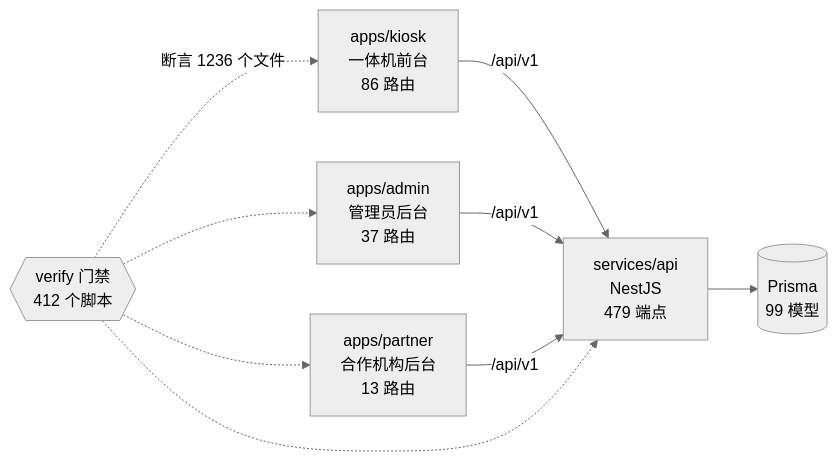
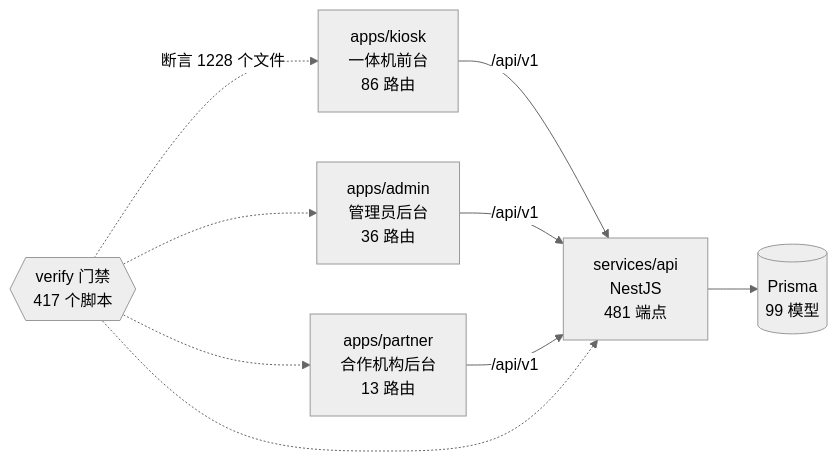
Before and after one commit to wanglei581/YITIJI: the diagram in docs/graph/README.md, drawn with Mermaid (neutral theme). The commit also changed other lines of this file and 6 other files, not shown here.

Commit message:
chore(graph): 删 /member-privacy 路由后重跑项目图谱产物

````diff
--- a/docs/graph/README.md
+++ b/docs/graph/README.md
@@ -68,18 +68,18 @@
 ```mermaid
 flowchart LR
   kiosk["apps/kiosk<br/>一体机前台<br/>86 路由"]
-  admin["apps/admin<br/>管理员后台<br/>37 路由"]
+  admin["apps/admin<br/>管理员后台<br/>36 路由"]
   partner["apps/partner<br/>合作机构后台<br/>13 路由"]
-  api["services/api<br/>NestJS<br/>479 端点"]
+  api["services/api<br/>NestJS<br/>481 端点"]
   db[("Prisma<br/>99 模型")]
-  gates{{"verify 门禁<br/>412 个脚本"}}
+  gates{{"verify 门禁<br/>417 个脚本"}}
 
   kiosk -->|"/api/v1"| api
   admin -->|"/api/v1"| api
   partner -->|"/api/v1"| api
   api --> db
-  gates -.->|"断言 1236 个文件"| kiosk
+  gates -.->|"断言 1228 个文件"| kiosk
   gates -.-> admin
   gates -.-> partner
   gates -.-> api
 ```
````
